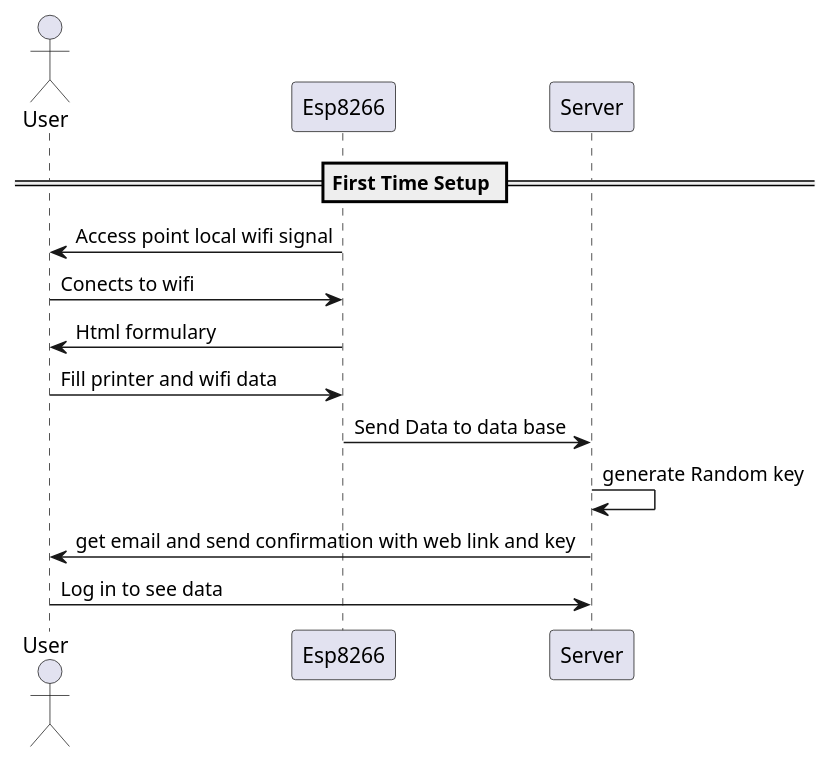
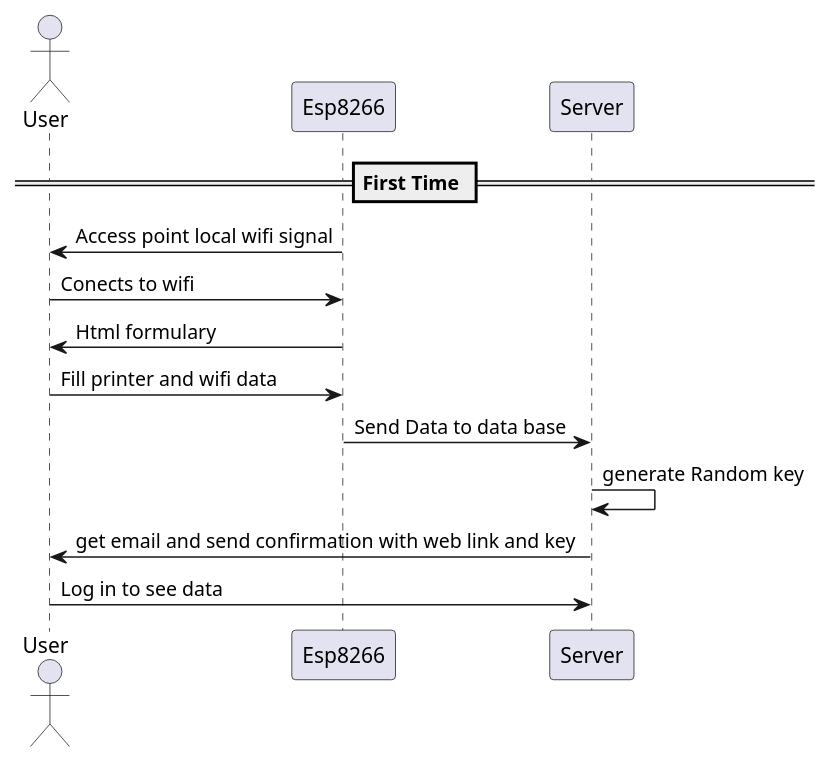
The diagram in diagrams/overviwe.wsd (Tonix22/Proyecto_Camion), drawn with PlantUML before and after one commit. The commit also changed 27 other files, not shown here.

```diff
--- a/diagrams/overviwe.wsd
+++ b/diagrams/overviwe.wsd
@@ -1,14 +1,14 @@
 @startuml
 
 actor User
 
-== First Time Setup ==
+== First Time ==
 Esp8266 -> User : Access point local wifi signal
 User -> Esp8266 : Conects to wifi
 Esp8266 -> User : Html formulary
 User -> Esp8266 : Fill printer and wifi data
 Esp8266 -> Server : Send Data to data base
 Server->Server    : generate Random key
 Server-> User     : get email and send confirmation with web link and key
 User->Server : Log in to see data
 @enduml
```
